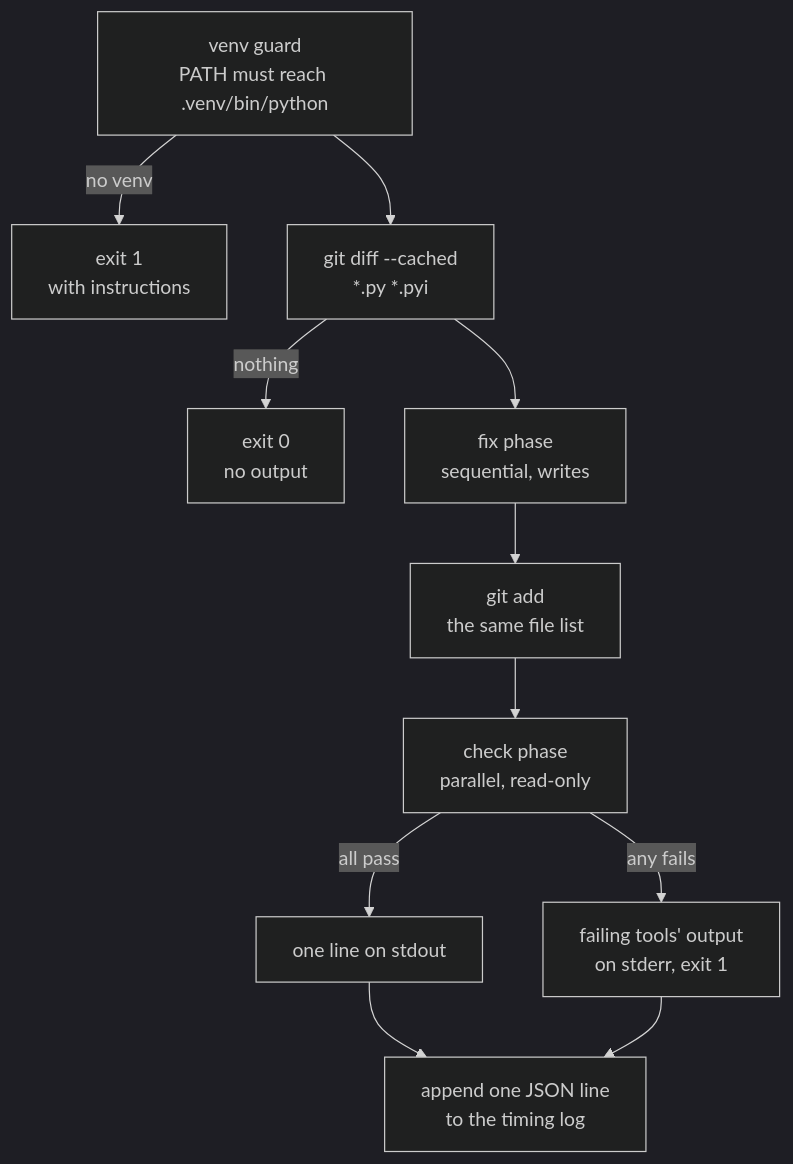
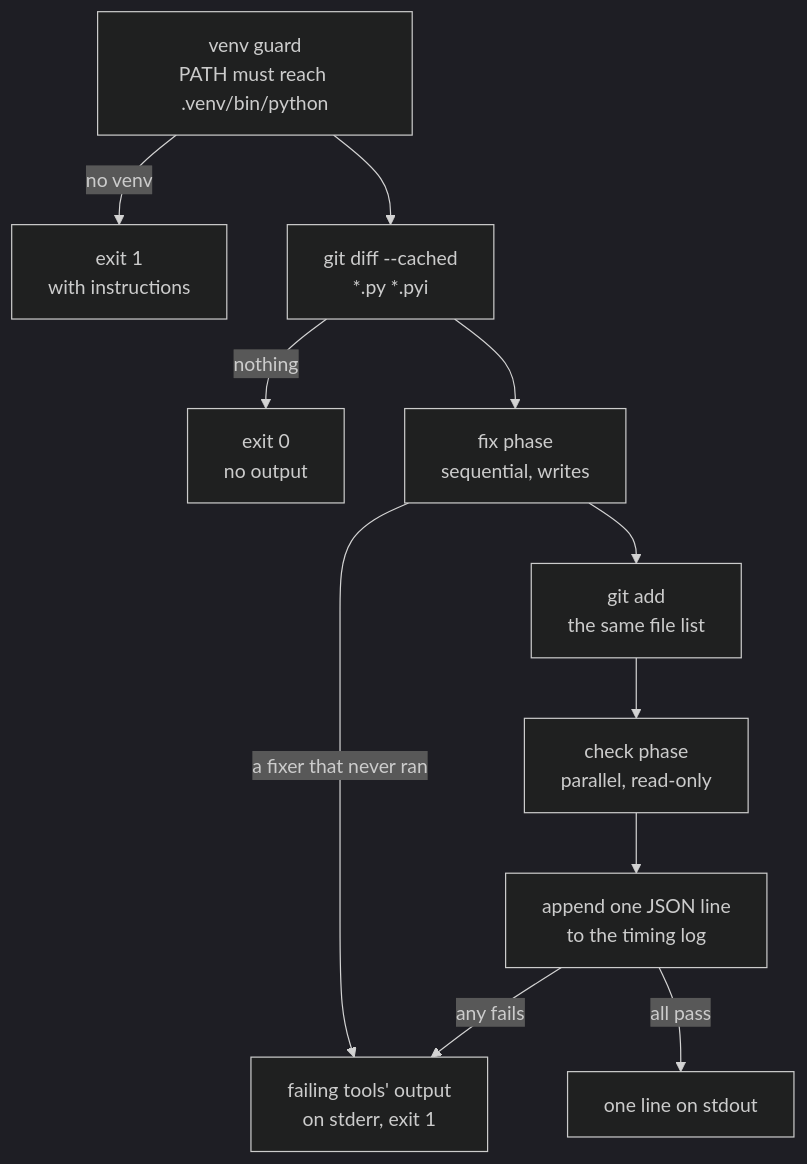
Before and after one commit to mojzis/madoqua: the first of 2 diagrams in docs/src/how-it-works.md, drawn with Mermaid (dark theme). The commit also changed other lines of this file and 20 other files, not shown here.

````diff
--- a/docs/src/how-it-works.md
+++ b/docs/src/how-it-works.md
@@ -5,13 +5,13 @@
 ```mermaid
 flowchart TD
     guard[venv guard<br/>PATH must reach .venv/bin/python] -->|no venv| blocked[exit 1<br/>with instructions]
     guard --> staged[git diff --cached<br/>*.py *.pyi]
     staged -->|nothing| quiet[exit 0<br/>no output]
     staged --> fix[fix phase<br/>sequential, writes]
+    fix -->|a fixer that never ran| failures
     fix --> add[git add<br/>the same file list]
     add --> check[check phase<br/>parallel, read-only]
-    check -->|all pass| verdict[one line on stdout]
-    check -->|any fails| failures[failing tools' output<br/>on stderr, exit 1]
-    verdict --> log[append one JSON line<br/>to the timing log]
-    failures --> log
+    check --> log[append one JSON line<br/>to the timing log]
+    log -->|all pass| verdict[one line on stdout]
+    log -->|any fails| failures[failing tools' output<br/>on stderr, exit 1]
 ```
````
